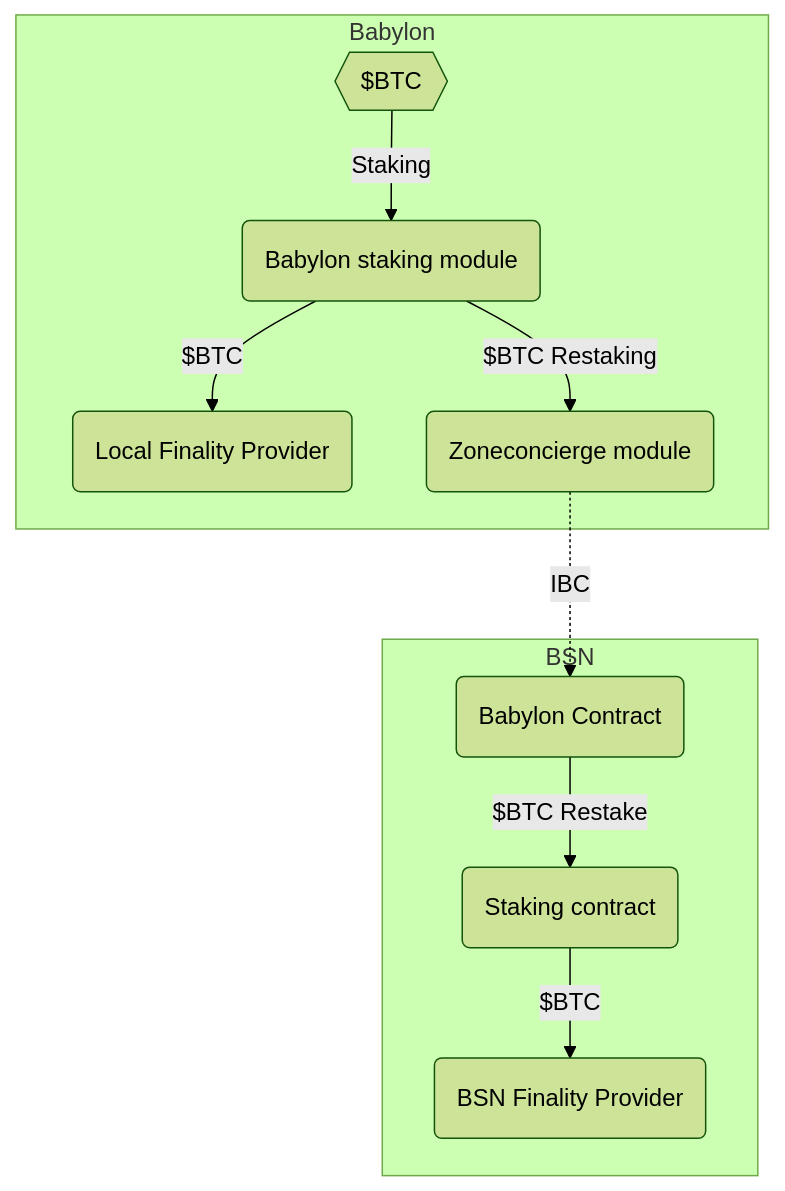
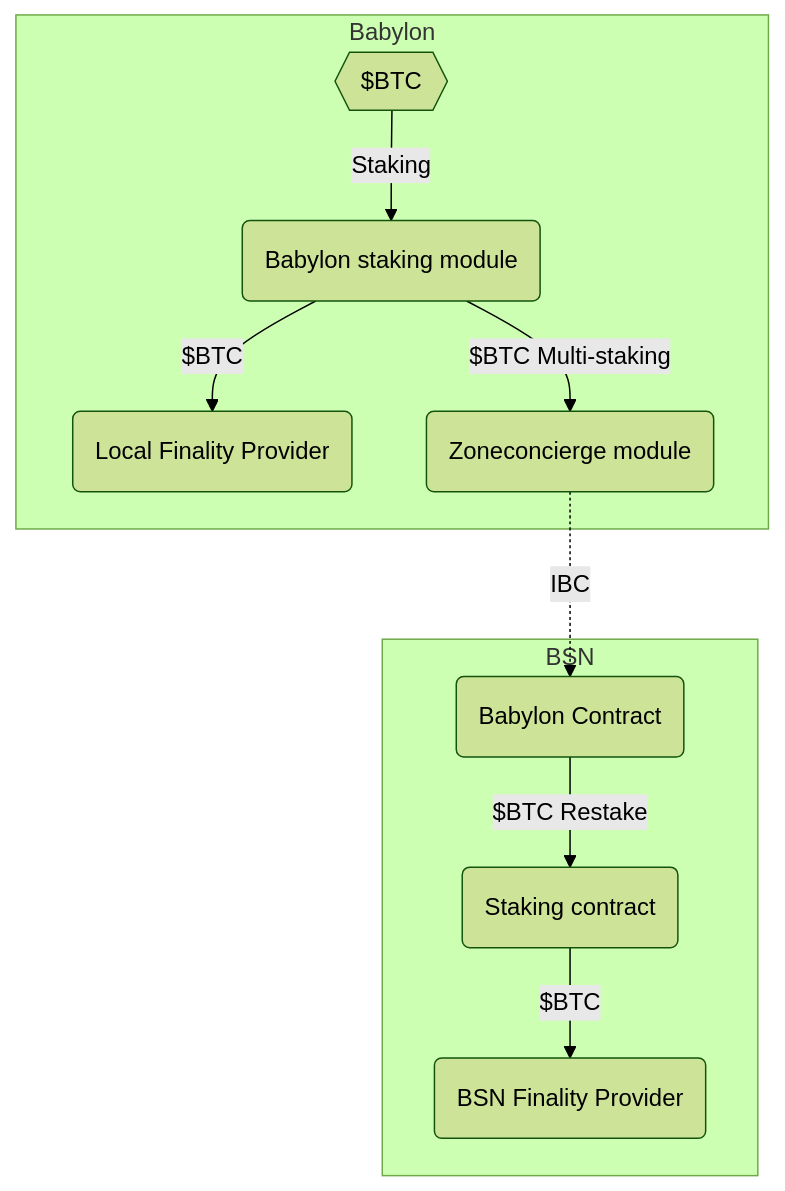
The first of 2 diagrams in docs/Architecture.md (babylonlabs-io/cosmos-bsn-contracts), drawn with Mermaid before and after one commit.

````diff
--- a/docs/Architecture.md
+++ b/docs/Architecture.md
@@ -6,16 +6,16 @@
 ```mermaid
 %%{init: {'theme': 'forest'}}%%
 flowchart TD
   subgraph Babylon
   A{{$BTC}} -- Staking --> B(Babylon staking module);
   B -- $BTC --> C(Local Finality Provider);
-  B -- $BTC Restaking --> D(Zoneconcierge module);
+  B -- $BTC Multi-staking --> D(Zoneconcierge module);
   end
 
   D -. IBC .-> E;
 
   subgraph BSN
   E(Babylon Contract) -- $BTC Restake --> U(Staking contract);
   U -- $BTC --> V(BSN Finality Provider);
   end
 ```
````
